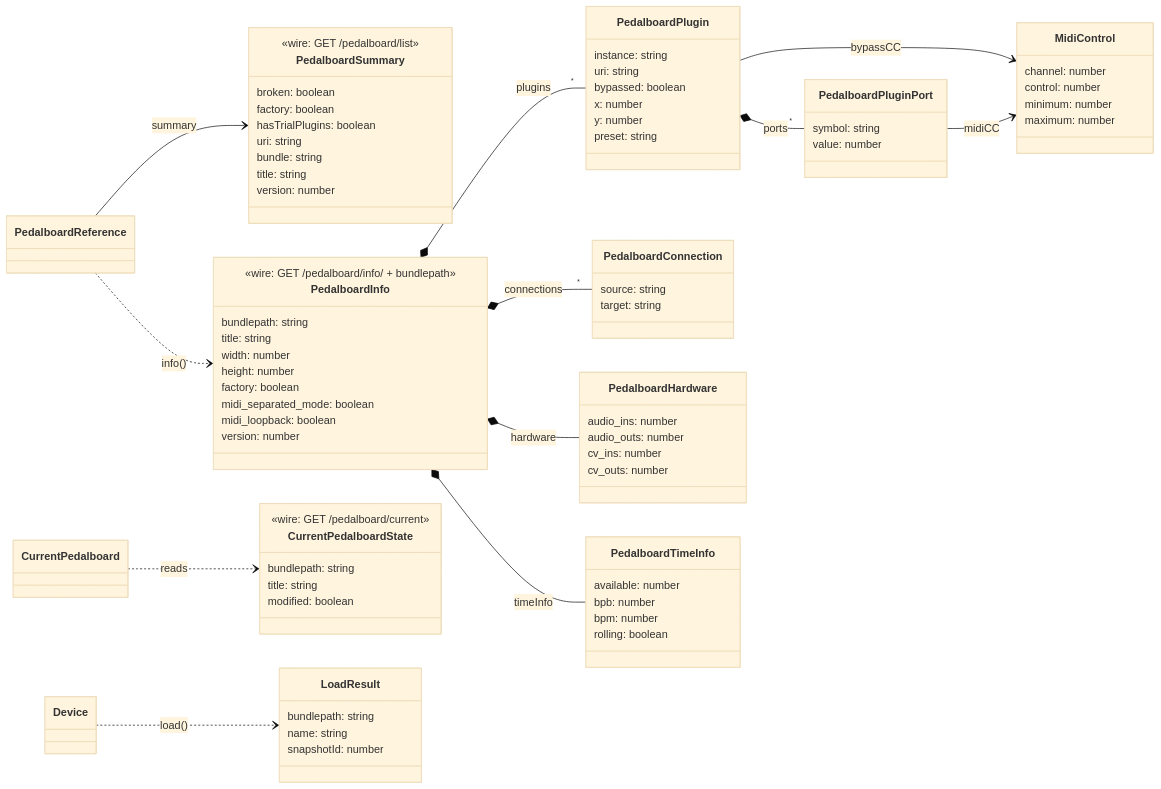
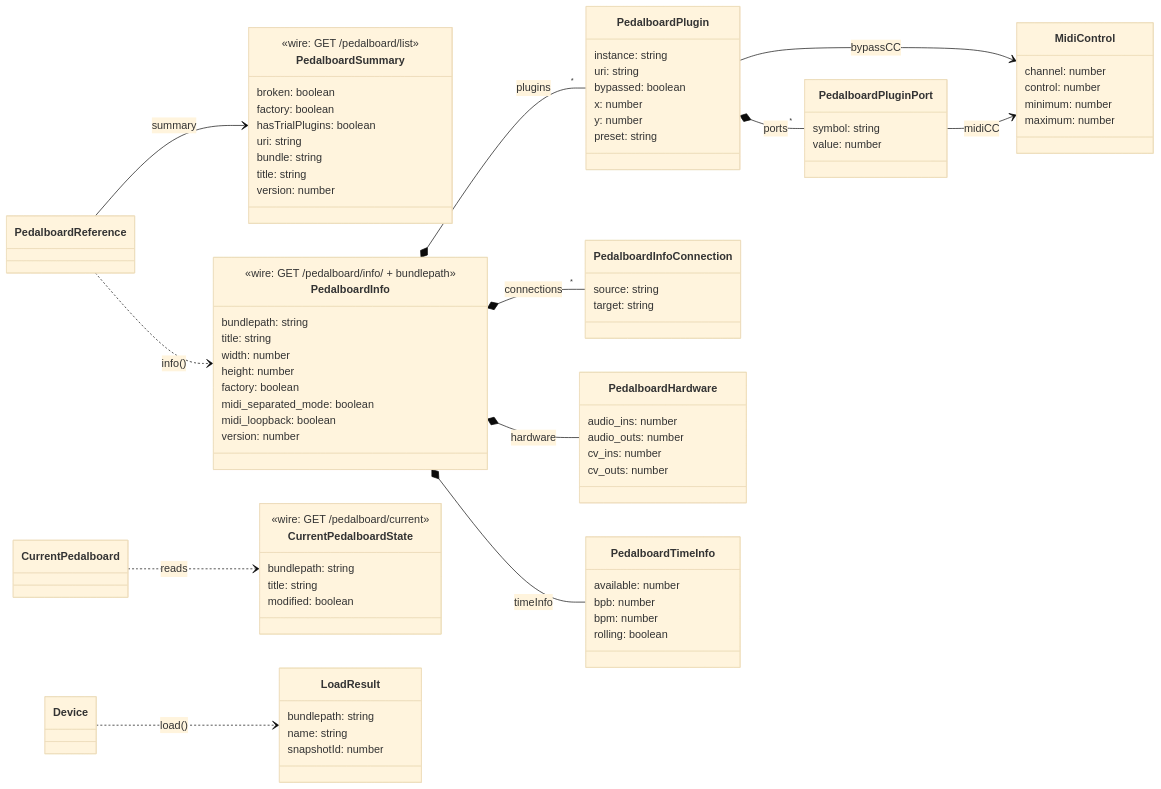
One commit to SrMouraSilva/mod-ui-old changed the fourth of 13 diagrams in docs/modui-client.md. Above: the diagram before and after it, drawn with Mermaid (base theme). The commit also changed other lines of this file and 20 other files, not shown here.

First line of the commit message:
feat(modui-client): pedalboard graph (plugins, ports and connections)

```diff
--- a/docs/modui-client.md
+++ b/docs/modui-client.md
@@ -377,7 +541,7 @@
     symbol: string
     value: number
   }
-  class PedalboardConnection {
+  class PedalboardInfoConnection {
     source: string
     target: string
   }
@@ -414,7 +578,7 @@
   PedalboardReference --> PedalboardSummary : summary
   PedalboardReference ..> PedalboardInfo : info()
   PedalboardInfo *-- "*" PedalboardPlugin : plugins
-  PedalboardInfo *-- "*" PedalboardConnection : connections
+  PedalboardInfo *-- "*" PedalboardInfoConnection : connections
   PedalboardInfo *-- PedalboardHardware : hardware
   PedalboardInfo *-- PedalboardTimeInfo : timeInfo
   PedalboardPlugin *-- "*" PedalboardPluginPort : ports
```
